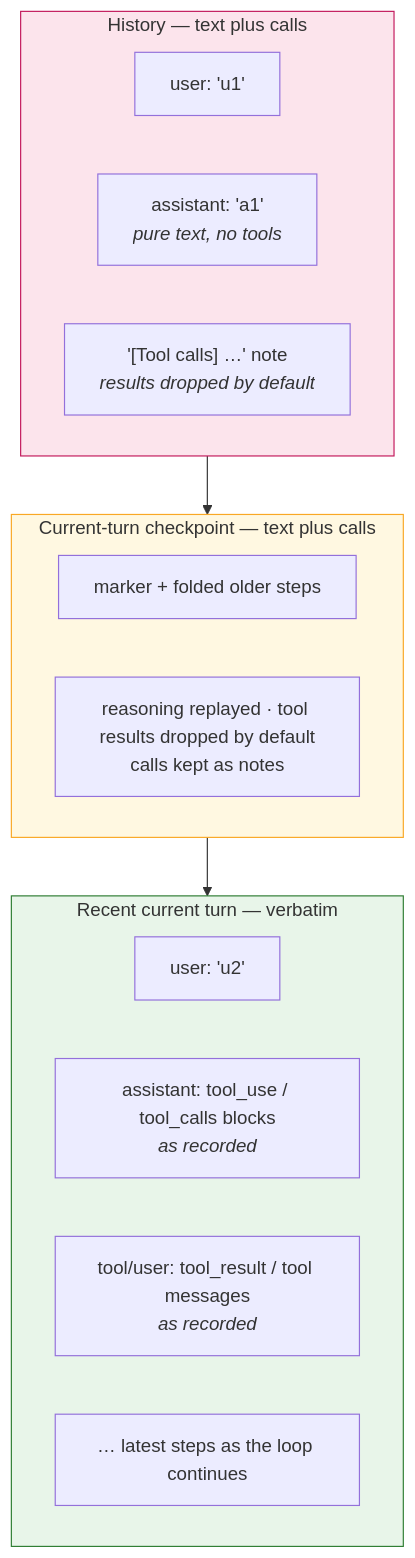
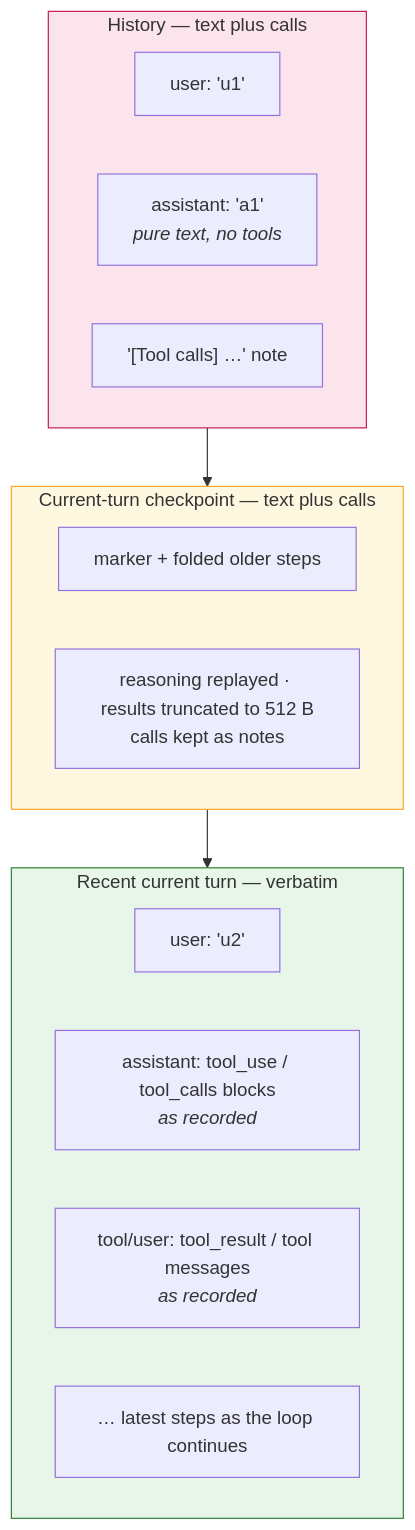
One commit to kingye/jyc changed the second of 3 diagrams in docs/architecture/context.md. Above: the diagram before and after it, drawn with Mermaid. The commit also changed other lines of this file and 9 other files, not shown here.

````diff
--- a/docs/architecture/context.md
+++ b/docs/architecture/context.md
@@ -268,22 +263,22 @@
 ```mermaid
 flowchart TB
     subgraph R1["History — text plus calls"]
         R1U["user: 'u1'"]
         R1A["assistant: 'a1'<br/><i>pure text, no tools</i>"]
-        R1N["'[Tool calls] …' note<br/><i>results dropped by default</i>"]
+        R1N["'[Tool calls] …' note"]
     end
     subgraph R3["Current-turn checkpoint — text plus calls"]
         R3M["marker + folded older steps"]
-        R3N["reasoning replayed · tool results dropped by default<br/>calls kept as notes"]
+        R3N["reasoning replayed · results truncated to 512 B<br/>calls kept as notes"]
     end
     subgraph R2["Recent current turn — verbatim"]
         R2U["user: 'u2'"]
         R2ATU["assistant: tool_use / tool_calls blocks<br/><i>as recorded</i>"]
         R2TR["tool/user: tool_result / tool messages<br/><i>as recorded</i>"]
         R2MORE["… latest steps as the loop continues"]
     end
     R1 --> R3 --> R2
     style R1 fill:#fce4ec,stroke:#c2185b
     style R3 fill:#fff8e1,stroke:#f9a825
     style R2 fill:#e8f5e9,stroke:#2e7d32
 ```
````
